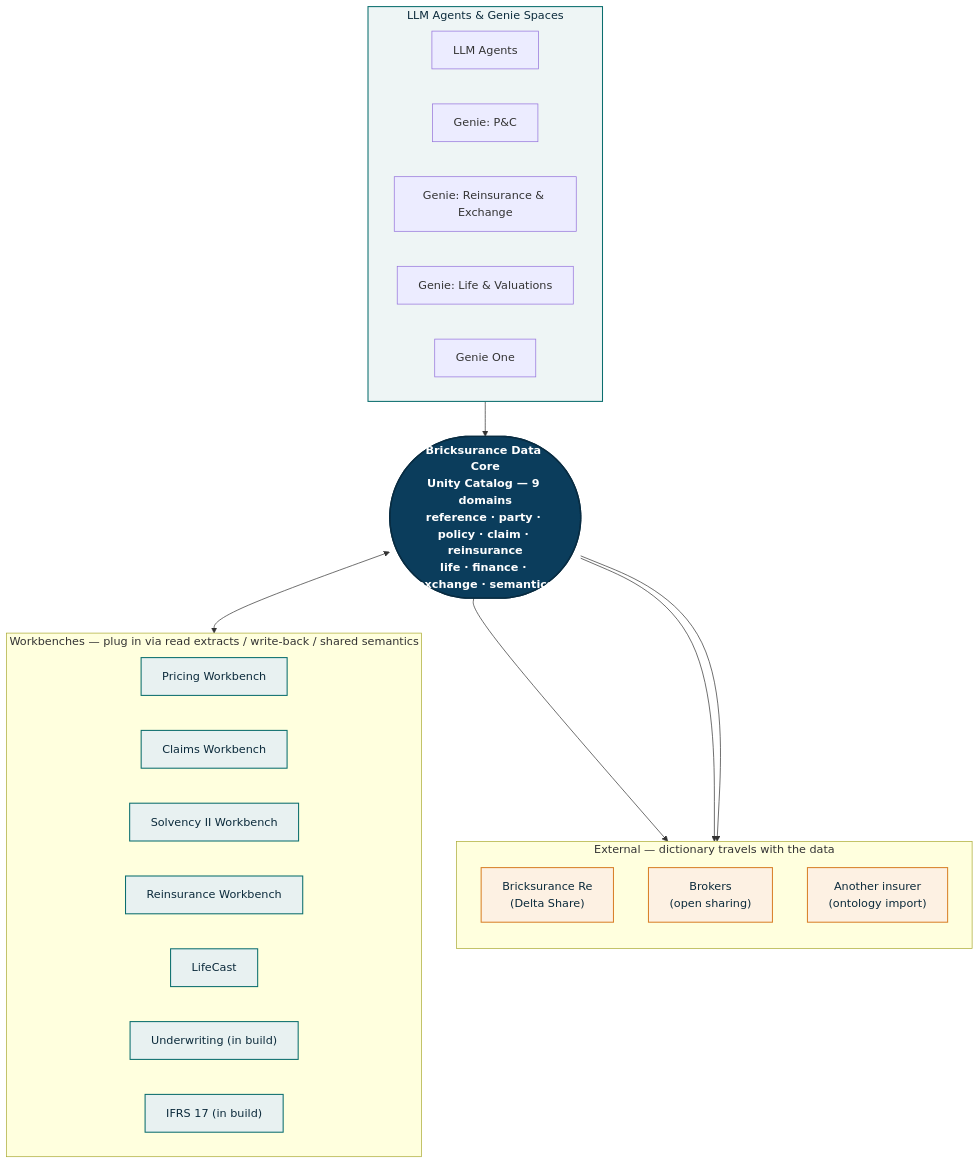
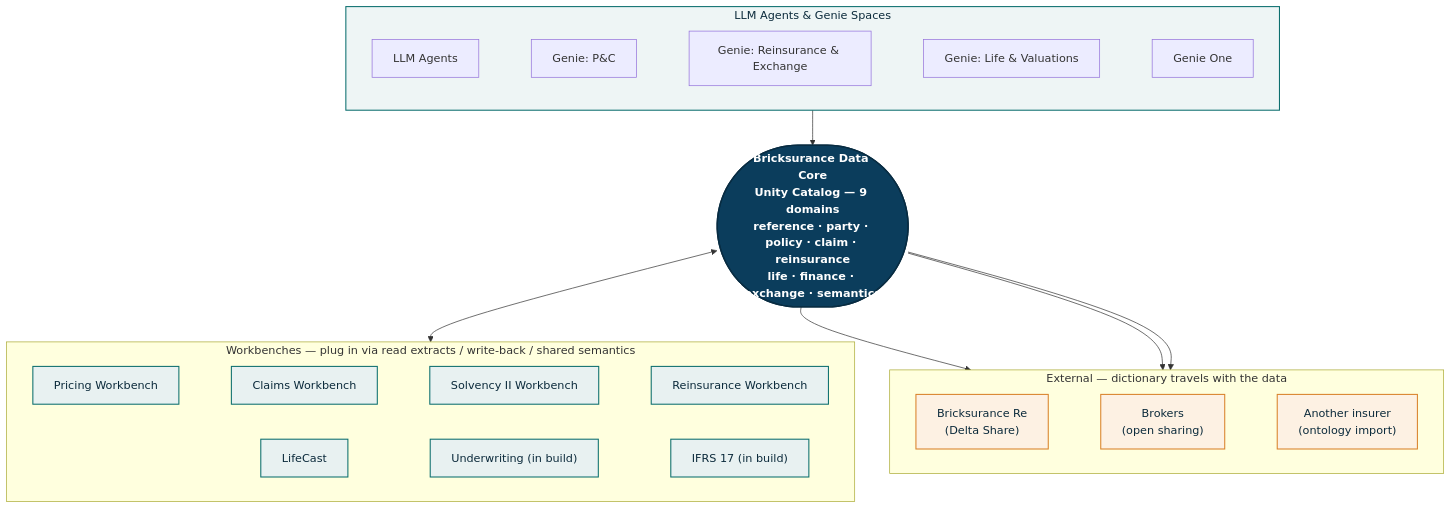
Before and after one commit to wryszka/bricksurance-data-core: the diagram in docs/diagrams/estate_map.mmd, drawn with Mermaid. The commit also changed 13 other files, not shown here.

Commit message:
Pack diagrams: estate map, compile pipeline, exchange flow, domain map (PNG + mermaid sources)

```diff
--- a/docs/diagrams/estate_map.mmd
+++ b/docs/diagrams/estate_map.mmd
@@ -1,46 +1,35 @@
 flowchart TB
     classDef core fill:#0b3d5c,stroke:#082c42,stroke-width:2px,color:#ffffff,font-weight:bold
     classDef ai fill:#eef5f5,stroke:#0b6e6e,stroke-width:1.5px,color:#0b2a3b
     classDef wb fill:#e8f1f1,stroke:#0b6e6e,stroke-width:1.5px,color:#0b2a3b
     classDef ext fill:#fdf1e3,stroke:#d9822b,stroke-width:1.5px,color:#0b2a3b
 
     subgraph AI["LLM Agents & Genie Spaces"]
         direction LR
-        AG[LLM Agents]
-        G1["Genie: P&C"]
-        G2["Genie: Reinsurance & Exchange"]
-        G3["Genie: Life & Valuations"]
-        G4["Genie One"]
+        AG[LLM Agents] ~~~ G1["Genie: P&C"] ~~~ G2["Genie: Reinsurance & Exchange"] ~~~ G3["Genie: Life & Valuations"] ~~~ G4["Genie One"]
     end
 
     CORE(["Bricksurance Data Core<br/>Unity Catalog — 9 domains<br/>reference · party · policy · claim · reinsurance<br/>life · finance · exchange · semantics"]):::core
 
     AI --> CORE
 
     subgraph WB["Workbenches — plug in via read extracts / write-back / shared semantics"]
         direction LR
-        W1["Pricing Workbench"]
-        W2["Claims Workbench"]
-        W3["Solvency II Workbench"]
-        W4["Reinsurance Workbench"]
-        W5["LifeCast"]
-        W6["Underwriting (in build)"]
-        W7["IFRS 17 (in build)"]
+        W1["Pricing Workbench"] ~~~ W2["Claims Workbench"] ~~~ W3["Solvency II Workbench"] ~~~ W4["Reinsurance Workbench"]
+        W5["LifeCast"] ~~~ W6["Underwriting (in build)"] ~~~ W7["IFRS 17 (in build)"]
     end
 
     CORE <--> WB
 
     subgraph EXT["External — dictionary travels with the data"]
-        direction TB
-        E1["Bricksurance Re<br/>(Delta Share)"]
-        E2["Brokers<br/>(open sharing)"]
-        E3["Another insurer<br/>(ontology import)"]
+        direction LR
+        E1["Bricksurance Re<br/>(Delta Share)"] ~~~ E2["Brokers<br/>(open sharing)"] ~~~ E3["Another insurer<br/>(ontology import)"]
     end
 
     CORE --> E1
     CORE --> E2
     CORE --> E3
 
     class AI ai
     class W1,W2,W3,W4,W5,W6,W7 wb
     class E1,E2,E3 ext
```
